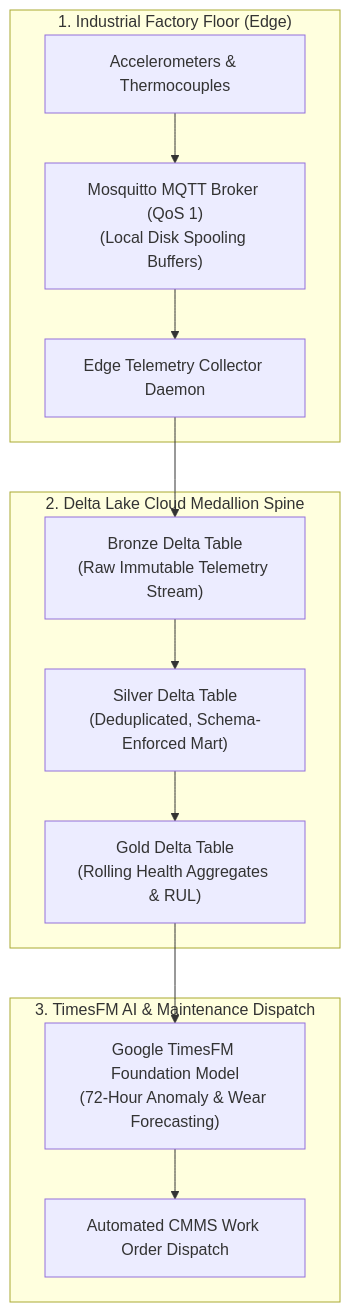
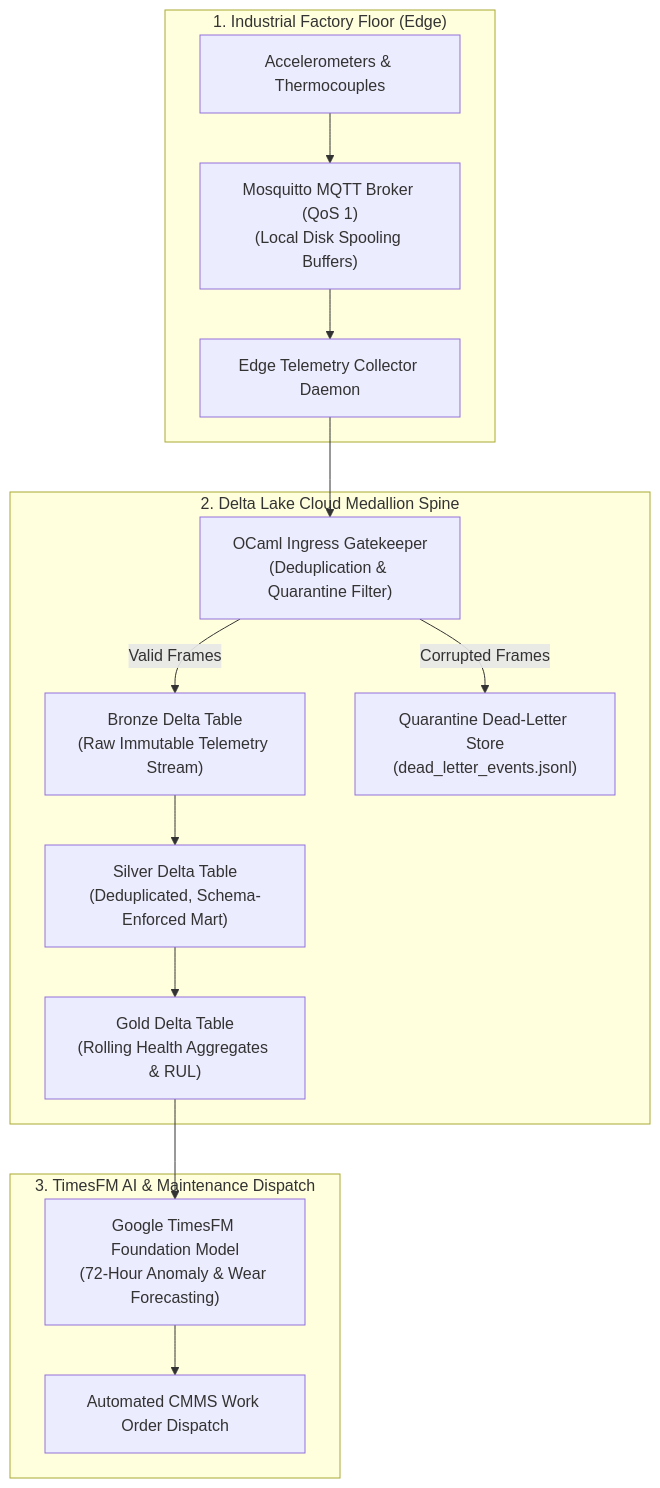
One commit to FreeFades2Black/edge-telemetry-lakehouse changed the first of 2 diagrams in README.md. Above: the diagram before and after it, drawn with Mermaid. The commit also changed other lines of this file, not shown here.

Commit message:
docs: document OCaml gatekeeper pre-bronze ingress filter and test results in README

````diff
--- a/README.md
+++ b/README.md
@@ -12,18 +12,20 @@
 ```mermaid
 flowchart TD
     subgraph EdgeDevices ["1. Industrial Factory Floor (Edge)"]
         Sensors["Accelerometers & Thermocouples"] --> Broker["Mosquitto MQTT Broker (QoS 1)<br/>(Local Disk Spooling Buffers)"]
         Broker --> Agent["Edge Telemetry Collector Daemon"]
     end
 
     subgraph MedallionCore ["2. Delta Lake Cloud Medallion Spine"]
-        Agent --> Bronze["Bronze Delta Table<br/>(Raw Immutable Telemetry Stream)"]
+        Agent --> Gate["OCaml Ingress Gatekeeper<br/>(Deduplication & Quarantine Filter)"]
+        Gate -->|Valid Frames| Bronze["Bronze Delta Table<br/>(Raw Immutable Telemetry Stream)"]
+        Gate -->|Corrupted Frames| Quarantine["Quarantine Dead-Letter Store<br/>(dead_letter_events.jsonl)"]
         Bronze --> Silver["Silver Delta Table<br/>(Deduplicated, Schema-Enforced Mart)"]
         Silver --> Gold["Gold Delta Table<br/>(Rolling Health Aggregates & RUL)"]
     end
 
     subgraph IntelligenceTier ["3. TimesFM AI & Maintenance Dispatch"]
         Gold --> TimesFM["Google TimesFM Foundation Model<br/>(72-Hour Anomaly & Wear Forecasting)"]
         TimesFM --> WorkOrder["Automated CMMS Work Order Dispatch"]
     end
 ```
````
